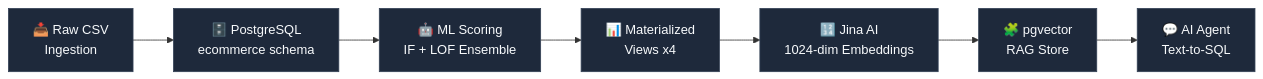
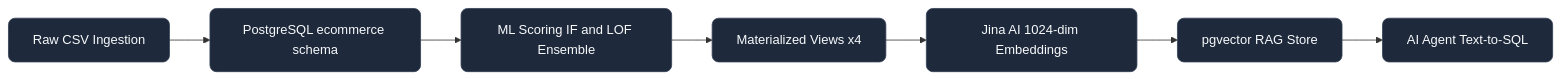
The first of 6 diagrams in README.md (Mohamed-Elmasry16/Recovera-Hybrid-Database-Architecture), drawn with Mermaid before and after one commit. The commit also changed other lines of this file, not shown here.

````diff
--- a/README.md
+++ b/README.md
@@ -95,11 +98,11 @@
 ```mermaid
 flowchart LR
-    A["📥 Raw CSV\nIngestion"]:::step --> B["🗄️ PostgreSQL\necommerce schema"]:::step
-    B --> C["🤖 ML Scoring\nIF + LOF Ensemble"]:::step
-    C --> D["📊 Materialized\nViews x4"]:::step
-    D --> E["🔢 Jina AI\n1024-dim Embeddings"]:::step
-    E --> F["🧩 pgvector\nRAG Store"]:::step
-    F --> G["💬 AI Agent\nText-to-SQL"]:::step
+    A["Raw CSV Ingestion"]:::step --> B["PostgreSQL ecommerce schema"]:::step
+    B --> C["ML Scoring IF and LOF Ensemble"]:::step
+    C --> D["Materialized Views x4"]:::step
+    D --> E["Jina AI 1024-dim Embeddings"]:::step
+    E --> F["pgvector RAG Store"]:::step
+    F --> G["AI Agent Text-to-SQL"]:::step
 
-    classDef step fill:#1e293b,stroke:#334155,color:#f8fafc
+    classDef step fill:#1e293b,stroke:#334155,color:#f8fafc,rx:8
 ```
````
